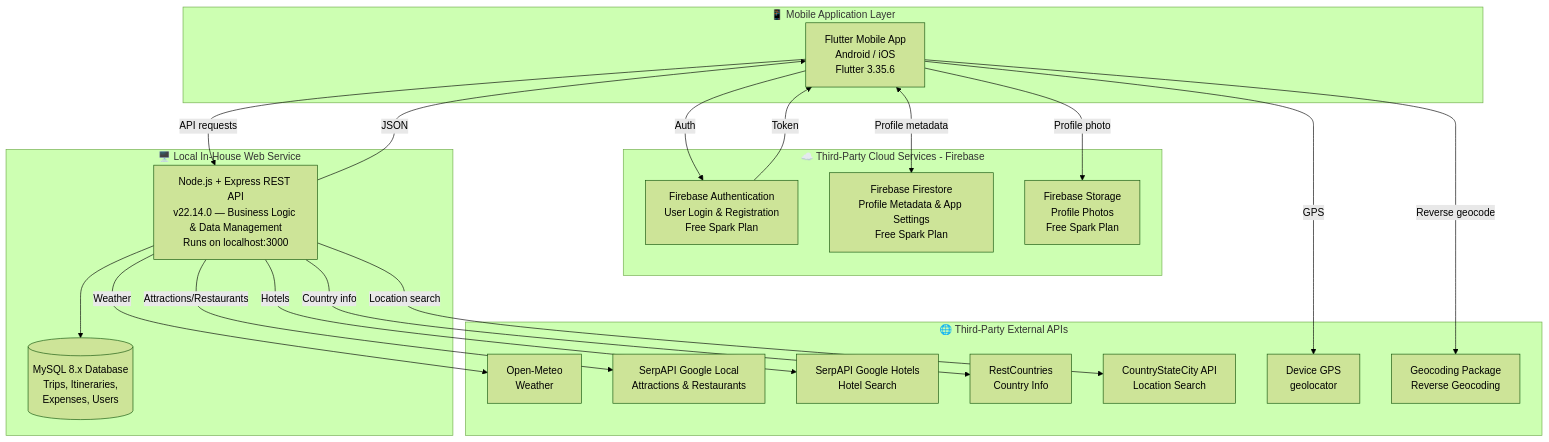
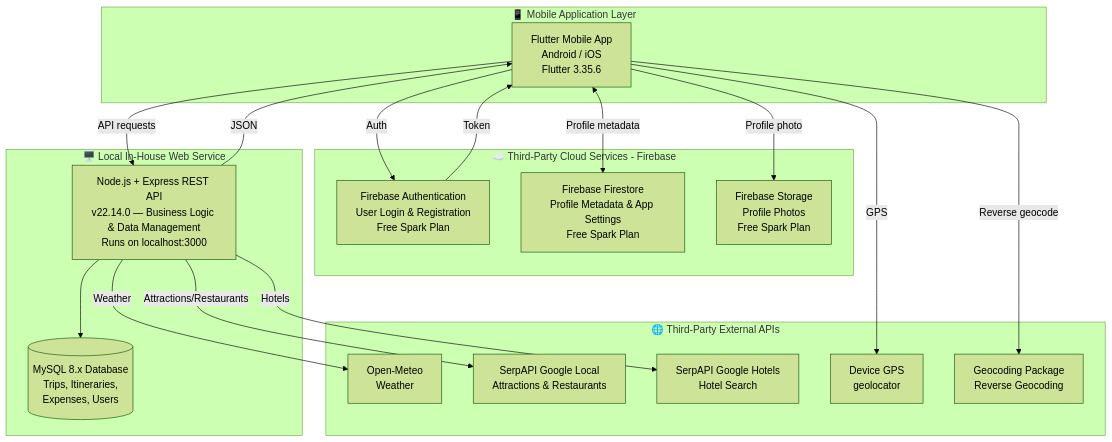
Before and after one commit to taiga2921/ICT632_smart_travel_planner: the first of 2 diagrams in docs/system-architecture.md, drawn with Mermaid (forest theme). The commit also changed other lines of this file and 1 other file, not shown here.

````diff
--- a/docs/system-architecture.md
+++ b/docs/system-architecture.md
@@ -488,42 +484,38 @@
 ```mermaid
 flowchart TD
     subgraph Mobile["📱 Mobile Application Layer"]
         A[Flutter Mobile App\nAndroid / iOS\nFlutter 3.35.6]
     end
 
     subgraph Firebase["☁️ Third-Party Cloud Services - Firebase"]
         B[Firebase Authentication\nUser Login & Registration\nFree Spark Plan]
         H[Firebase Firestore\nProfile Metadata & App Settings\nFree Spark Plan]
         FS[Firebase Storage\nProfile Photos\nFree Spark Plan]
     end
 
     subgraph Backend["🖥️ Local In-House Web Service"]
         C[Node.js + Express REST API\nv22.14.0 — Business Logic & Data Management\nRuns on localhost:3000]
         D[(MySQL 8.x Database\nTrips, Itineraries,\nExpenses, Users)]
     end
 
     subgraph ExternalAPIs["🌐 Third-Party External APIs"]
         E[Open-Meteo\nWeather]
         F[SerpAPI Google Local\nAttractions & Restaurants]
         FH[SerpAPI Google Hotels\nHotel Search]
-        G[RestCountries\nCountry Info]
-        L[CountryStateCity API\nLocation Search]
         GEO[Device GPS\ngeolocator]
         GEOCODE[Geocoding Package\nReverse Geocoding]
     end
 
     A -->|Auth| B
     A -->|Profile photo| FS
     A <-->|Profile metadata| H
     A -->|API requests| C
     A -->|GPS| GEO
     A -->|Reverse geocode| GEOCODE
     C --> D
     C -->|Weather| E
     C -->|Attractions/Restaurants| F
     C -->|Hotels| FH
-    C -->|Country info| G
-    C -->|Location search| L
     B -->|Token| A
     C -->|JSON| A
 ```
````
